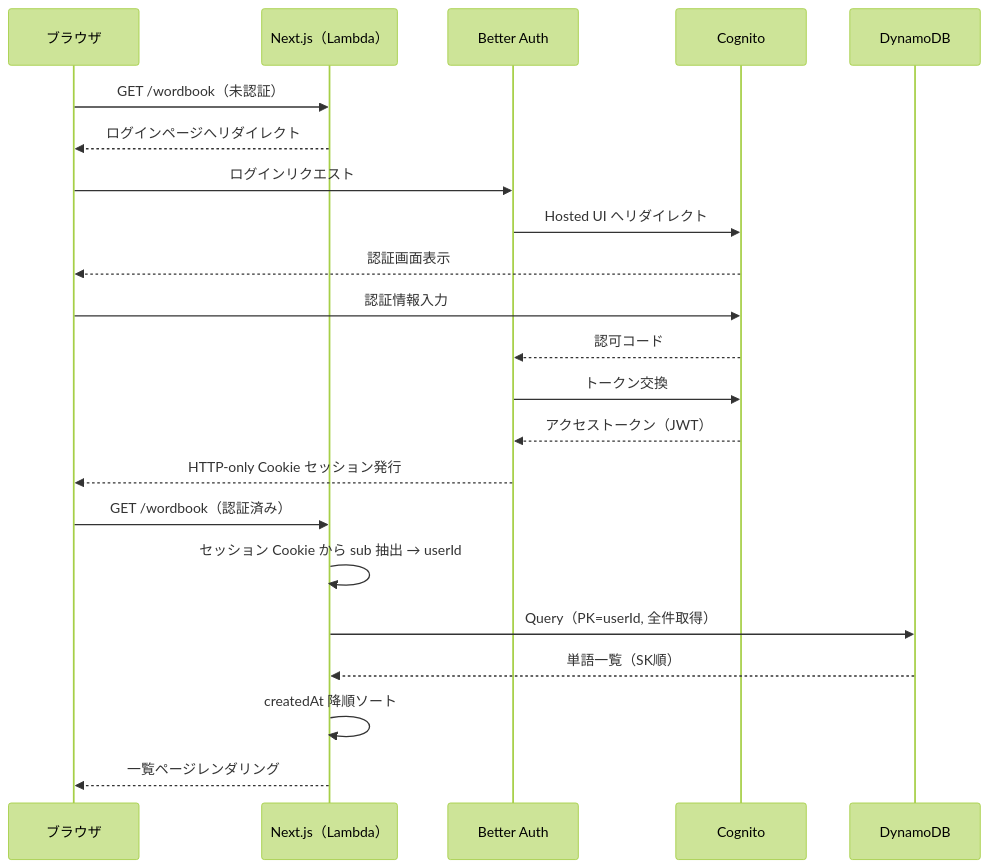
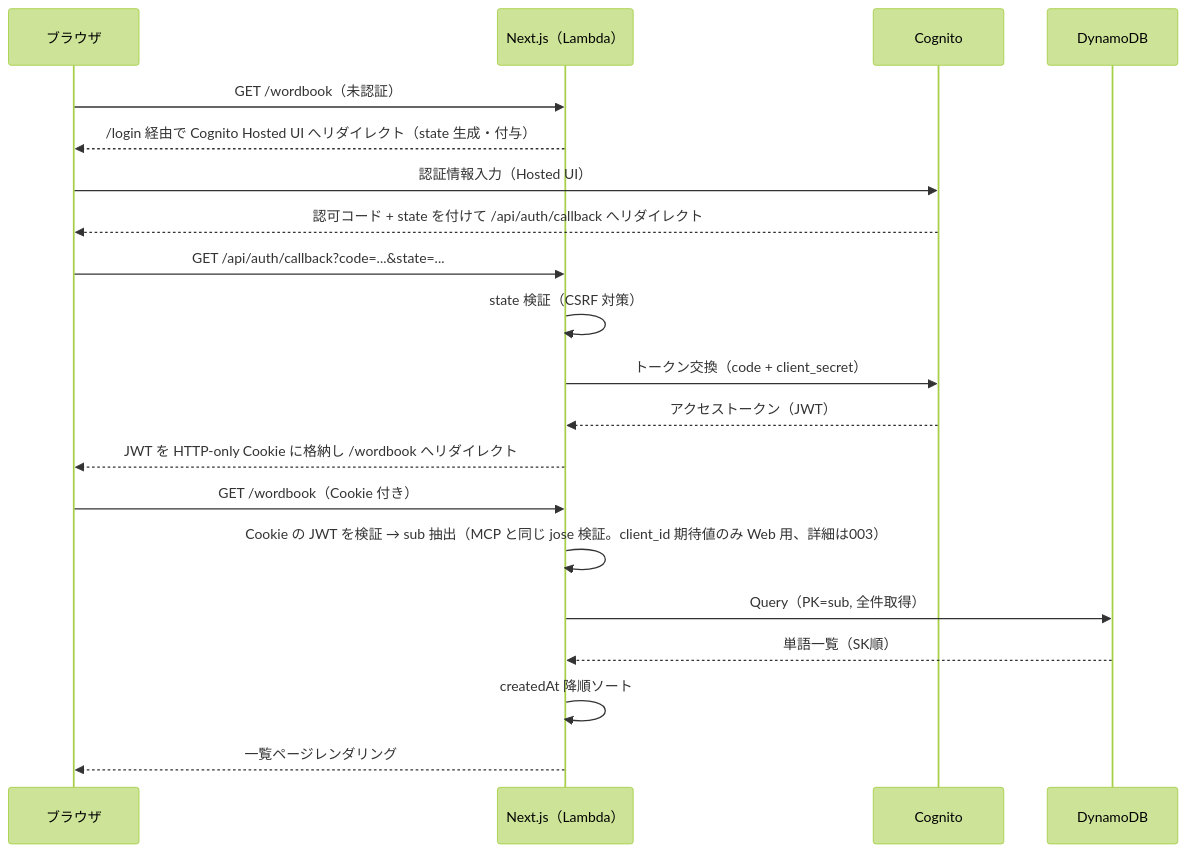
One commit to ANTON072/AI-Wordbook changed the fifth of 5 diagrams in docs/002_functional-design.md. Above: the diagram before and after it, drawn with Mermaid (forest theme). The commit also changed other lines of this file and 8 other files, not shown here.

````diff
--- a/docs/002_functional-design.md
+++ b/docs/002_functional-design.md
@@ -177,25 +177,23 @@
 ```mermaid
 sequenceDiagram
   participant BR as ブラウザ
   participant NEXT as Next.js（Lambda）
-  participant BAUTH as Better Auth
   participant COG as Cognito
   participant DDB as DynamoDB
 
   BR->>NEXT: GET /wordbook（未認証）
-  NEXT-->>BR: ログインページへリダイレクト
-  BR->>BAUTH: ログインリクエスト
-  BAUTH->>COG: Hosted UI へリダイレクト
-  COG-->>BR: 認証画面表示
-  BR->>COG: 認証情報入力
-  COG-->>BAUTH: 認可コード
-  BAUTH->>COG: トークン交換
-  COG-->>BAUTH: アクセストークン（JWT）
-  BAUTH-->>BR: HTTP-only Cookie セッション発行
-  BR->>NEXT: GET /wordbook（認証済み）
-  NEXT->>NEXT: セッション Cookie から sub 抽出 → userId
-  NEXT->>DDB: Query（PK=userId, 全件取得）
+  NEXT-->>BR: /login 経由で Cognito Hosted UI へリダイレクト（state 生成・付与）
+  BR->>COG: 認証情報入力（Hosted UI）
+  COG-->>BR: 認可コード + state を付けて /api/auth/callback へリダイレクト
+  BR->>NEXT: GET /api/auth/callback?code=...&state=...
+  NEXT->>NEXT: state 検証（CSRF 対策）
+  NEXT->>COG: トークン交換（code + client_secret）
+  COG-->>NEXT: アクセストークン（JWT）
+  NEXT-->>BR: JWT を HTTP-only Cookie に格納し /wordbook へリダイレクト
+  BR->>NEXT: GET /wordbook（Cookie 付き）
+  NEXT->>NEXT: Cookie の JWT を検証 → sub 抽出（MCP と同じ jose 検証。client_id 期待値のみ Web 用、詳細は003）
+  NEXT->>DDB: Query（PK=sub, 全件取得）
   DDB-->>NEXT: 単語一覧（SK順）
   NEXT->>NEXT: createdAt 降順ソート
   NEXT-->>BR: 一覧ページレンダリング
 ```
````
